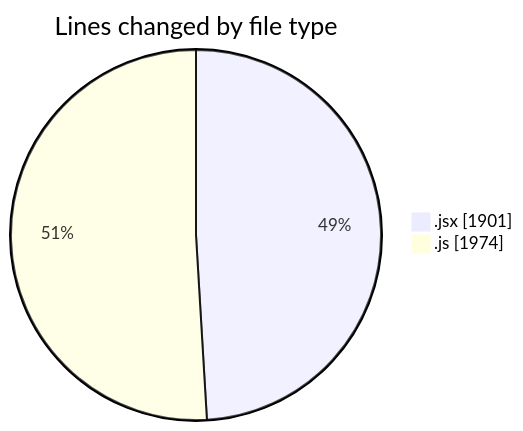
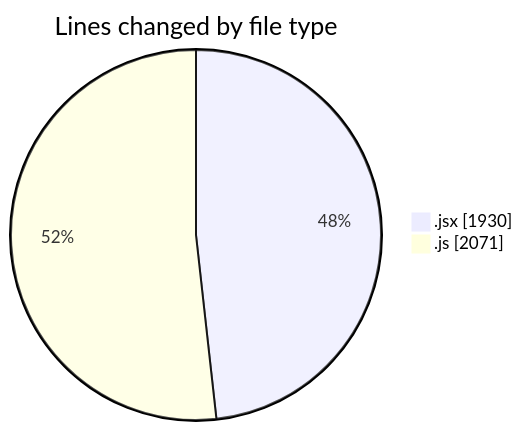
One commit to nxtqubesakshisongat/code-tracking changed the first of 2 diagrams in 2025-08-04/nxtqube_webapp/README.md. Above: the diagram before and after it, drawn with Mermaid. The commit also changed other lines of this file and 1 other file, not shown here.

````diff
--- a/2025-08-04/nxtqube_webapp/README.md
+++ b/2025-08-04/nxtqube_webapp/README.md
@@ -28,6 +28,6 @@
 ```mermaid
 pie showData
 title Lines changed by file type
-".jsx" : 1901
-".js" : 1974
+".jsx" : 1930
+".js" : 2071
 ```
````
